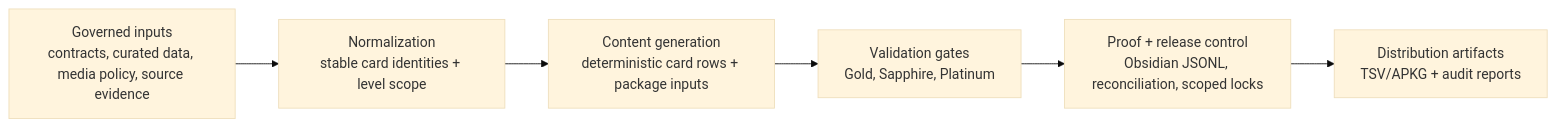
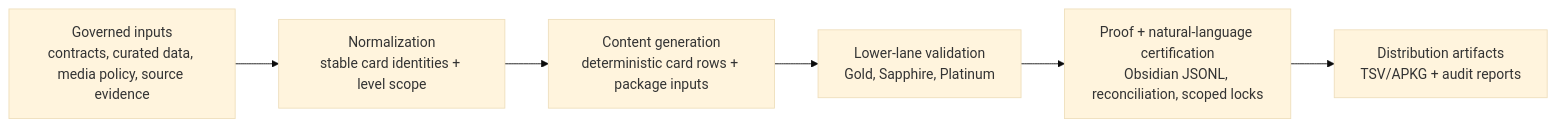
Before and after one commit to JeremiahM18/japanese-kanji-anki-builder: the first of 6 diagrams in docs/system-architecture.md, drawn with Mermaid (base theme). The commit also changed other lines of this file and 15 other files, not shown here.

````diff
--- a/docs/system-architecture.md
+++ b/docs/system-architecture.md
@@ -9,8 +9,8 @@
 ```mermaid
 flowchart LR
     Inputs["Governed inputs<br/>contracts, curated data, media policy, source evidence"] --> Normalize["Normalization<br/>stable card identities + level scope"]
     Normalize --> Generate["Content generation<br/>deterministic card rows + package inputs"]
-    Generate --> Validate["Validation gates<br/>Gold, Sapphire, Platinum"]
-    Validate --> Prove["Proof + release control<br/>Obsidian JSONL, reconciliation, scoped locks"]
+    Generate --> Validate["Lower-lane validation<br/>Gold, Sapphire, Platinum"]
+    Validate --> Prove["Proof + natural-language certification<br/>Obsidian JSONL, reconciliation, scoped locks"]
     Prove --> Artifacts["Distribution artifacts<br/>TSV/APKG + audit reports"]
 ```
````
